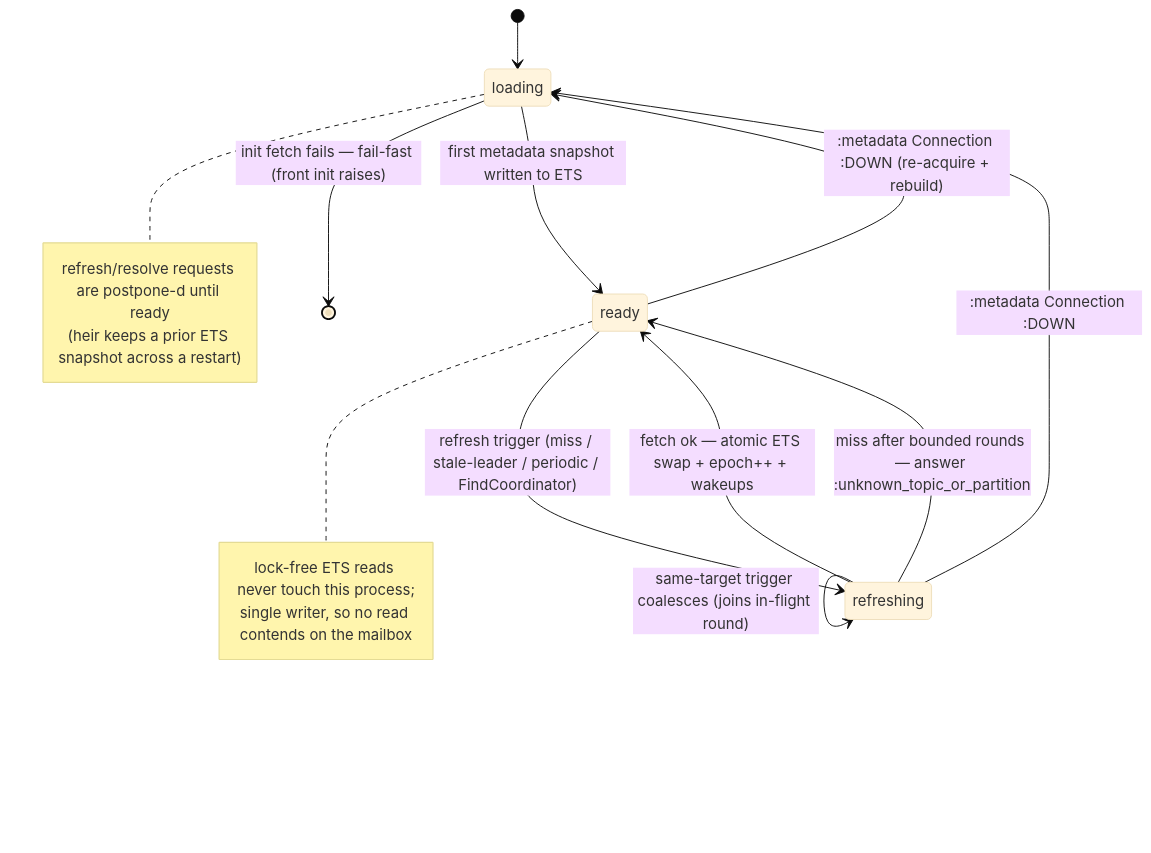
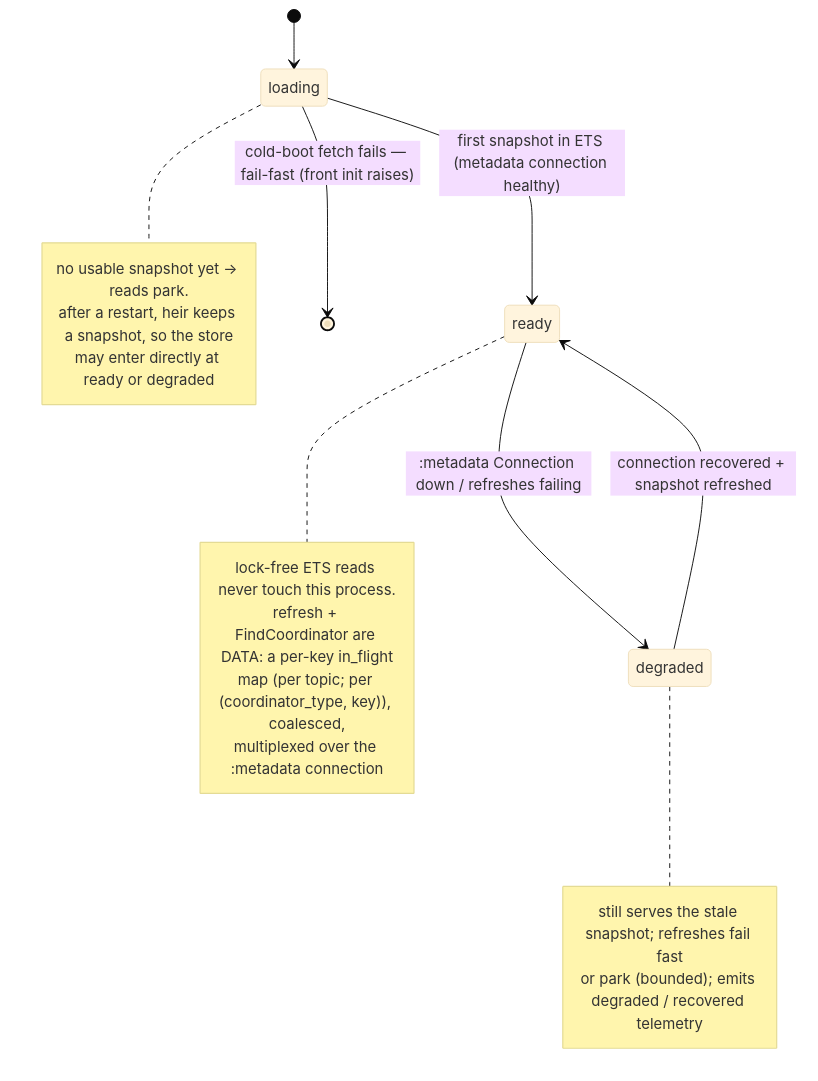
Before and after one commit to kafkaex/kafka_ex: the tenth of 10 diagrams in docs/rfcs/0001-client-process-architecture.md, drawn with Mermaid (base theme). The commit also changed other lines of this file, not shown here.

````diff
--- a/docs/rfcs/0001-client-process-architecture.md
+++ b/docs/rfcs/0001-client-process-architecture.md
@@ -539,20 +569,23 @@
 ```mermaid
 stateDiagram-v2
     [*] --> loading
-    loading --> ready: first metadata snapshot written to ETS
-    loading --> [*]: init fetch fails — fail-fast (front init raises)
-    ready --> refreshing: refresh trigger (miss / stale-leader / periodic / FindCoordinator)
-    refreshing --> refreshing: same-target trigger coalesces (joins in-flight round)
-    refreshing --> ready: fetch ok — atomic ETS swap + epoch++ + wakeups
-    refreshing --> ready: miss after bounded rounds — answer :unknown_topic_or_partition
-    ready --> loading: :metadata Connection :DOWN (re-acquire + rebuild)
-    refreshing --> loading: :metadata Connection :DOWN
+    loading --> ready: first snapshot in ETS (metadata connection healthy)
+    loading --> [*]: cold-boot fetch fails — fail-fast (front init raises)
+    ready --> degraded: :metadata Connection down / refreshes failing
+    degraded --> ready: connection recovered + snapshot refreshed
     note right of loading
-        refresh/resolve requests are postpone-d until ready
-        (heir keeps a prior ETS snapshot across a restart)
+        no usable snapshot yet -> reads park.
+        after a restart, heir keeps a snapshot, so the store
+        may enter directly at ready or degraded
     end note
     note right of ready
-        lock-free ETS reads never touch this process;
-        single writer, so no read contends on the mailbox
+        lock-free ETS reads never touch this process.
+        refresh + FindCoordinator are DATA: a per-key in_flight
+        map (per topic; per (coordinator_type, key)), coalesced,
+        multiplexed over the :metadata connection
+    end note
+    note right of degraded
+        still serves the stale snapshot; refreshes fail fast
+        or park (bounded); emits degraded / recovered telemetry
     end note
 ```
````
